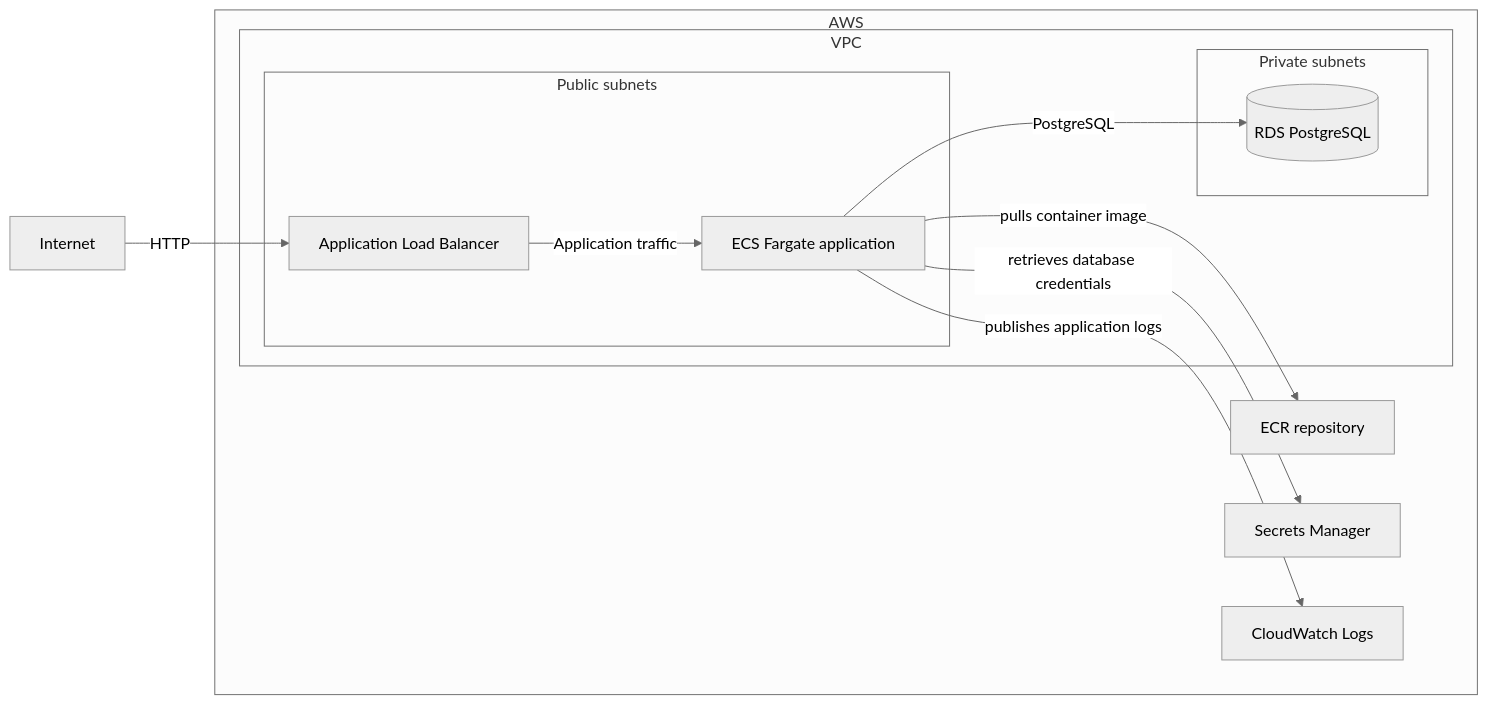
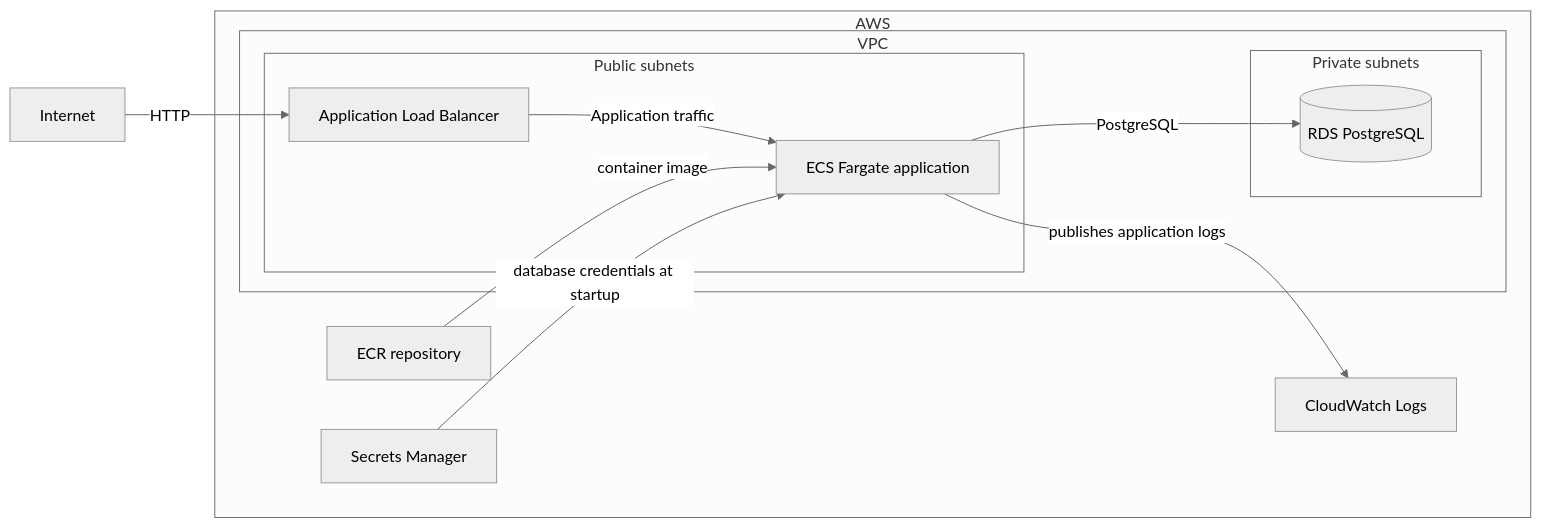
Before and after one commit to istvandezsi/java-cloud-platform-lab: the sixth of 9 diagrams in docs/architecture.md, drawn with Mermaid (neutral theme). The commit also changed other lines of this file and 4 other files, not shown here.

````diff
--- a/docs/architecture.md
+++ b/docs/architecture.md
@@ -237,29 +237,29 @@
 ```mermaid
 flowchart LR
     Internet[Internet]
 
     subgraph AWS[AWS]
         subgraph VPC[VPC]
             subgraph PublicSubnets[Public subnets]
                 LoadBalancer[Application Load Balancer]
                 ECS[ECS Fargate application]
             end
 
             subgraph PrivateSubnets[Private subnets]
                 RDS[(RDS PostgreSQL)]
             end
         end
 
         ECR[ECR repository]
         Secret[Secrets Manager]
         Logs[CloudWatch Logs]
     end
 
     Internet -->|HTTP| LoadBalancer
     LoadBalancer -->|Application traffic| ECS
     ECS -->|PostgreSQL| RDS
 
-    ECS -->|pulls container image| ECR
-    ECS -->|retrieves database credentials| Secret
+    ECR -->|container image| ECS
+    Secret -->|database credentials at startup| ECS
     ECS -->|publishes application logs| Logs
 ```
````
